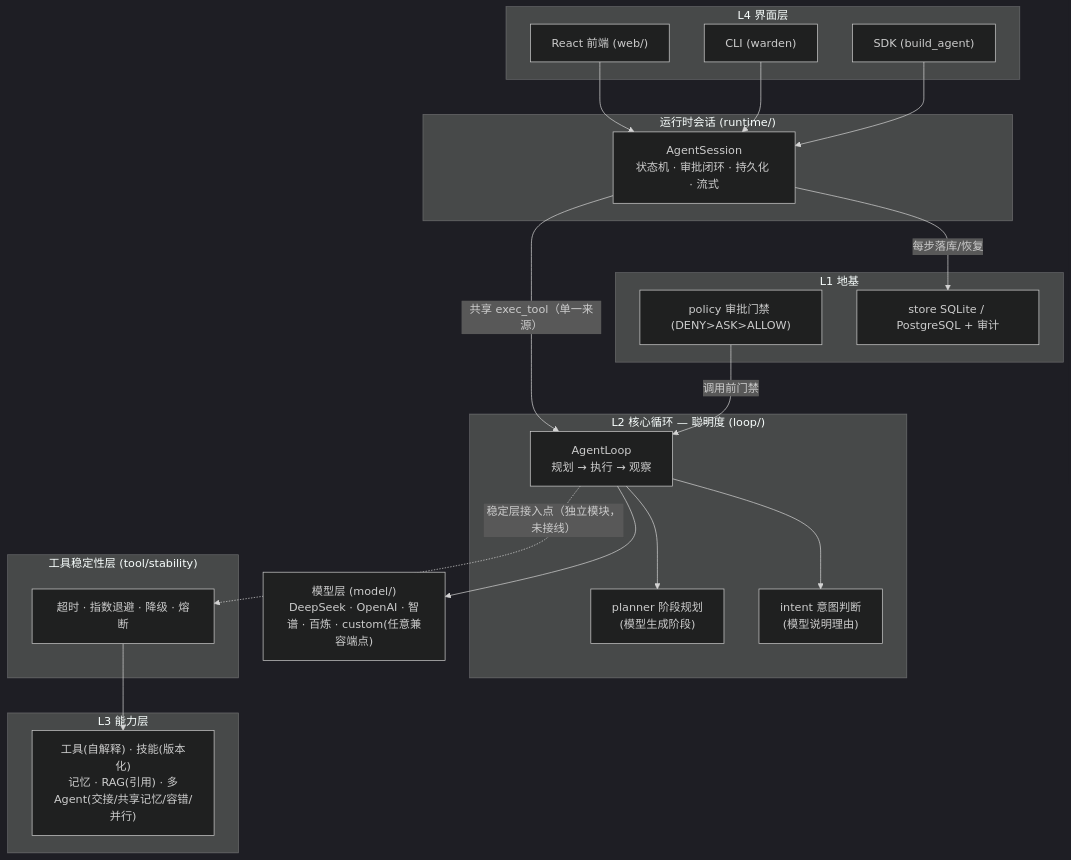
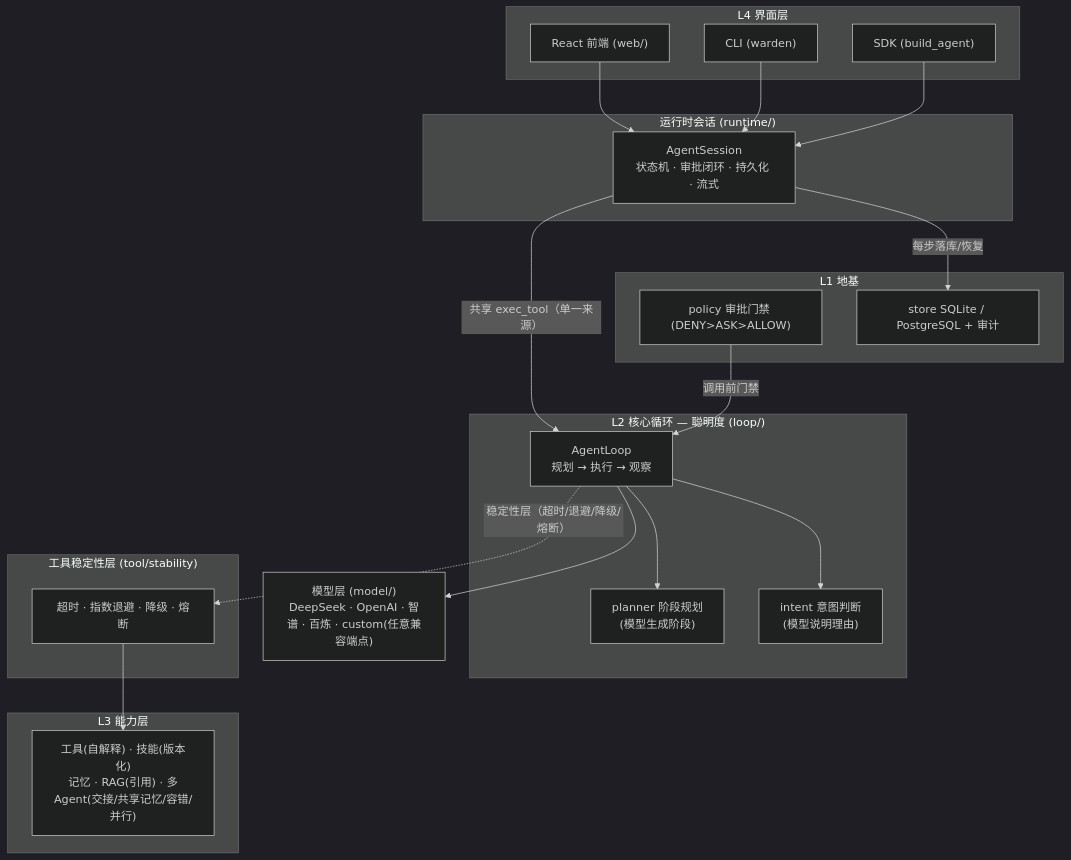
The second of 2 diagrams in README.md (kwny-io/warden-agent), drawn with Mermaid (dark theme) before and after one commit. The commit also changed other lines of this file and 40 other files, not shown here.

````diff
--- a/README.md
+++ b/README.md
@@ -185,45 +212,45 @@
 ```mermaid
 flowchart TB
     subgraph L4["L4 界面层"]
         UI["React 前端 (web/)"]
         CLI["CLI (warden)"]
         SDK["SDK (build_agent)"]
     end
 
     subgraph RT["运行时会话 (runtime/)"]
         SESSION["AgentSession\n状态机 · 审批闭环 · 持久化 · 流式"]
     end
 
     subgraph L2["L2 核心循环 — 聪明度 (loop/)"]
         LOOP["AgentLoop\n规划 → 执行 → 观察"]
         PL["planner 阶段规划\n(模型生成阶段)"]
         INT["intent 意图判断\n(模型说明理由)"]
     end
 
     subgraph STAB["工具稳定性层 (tool/stability)"]
         SB["超时 · 指数退避 · 降级 · 熔断"]
     end
 
     subgraph L3["L3 能力层"]
         TOOL["工具(自解释) · 技能(版本化)\n记忆 · RAG(引用) · 多Agent(交接/共享记忆/容错/并行)"]
     end
 
     subgraph L1["L1 地基"]
         POL["policy 审批门禁 (DENY>ASK>ALLOW)"]
         STORE["store SQLite / PostgreSQL + 审计"]
     end
 
     MODEL["模型层 (model/)\nDeepSeek · OpenAI · 智谱 · 百炼 · custom(任意兼容端点)"]
 
     UI --> SESSION
     CLI --> SESSION
     SDK --> SESSION
     SESSION -- "共享 exec_tool（单一来源）" --> LOOP
     LOOP --> PL
     LOOP --> INT
-    LOOP -. "稳定层接入点（独立模块，未接线）" .-> SB
+    LOOP -. "稳定性层（超时/退避/降级/熔断）" .-> SB
     SB --> TOOL
     POL -- "调用前门禁" --> LOOP
     SESSION -- "每步落库/恢复" --> STORE
     LOOP --> MODEL
 ```
````
